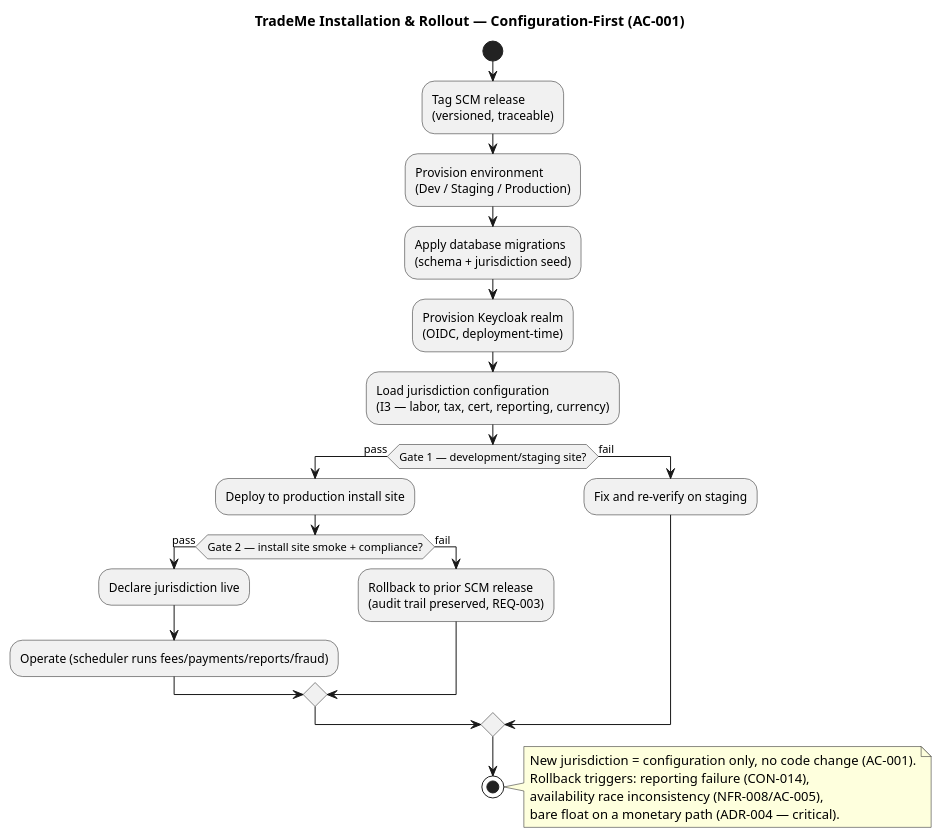
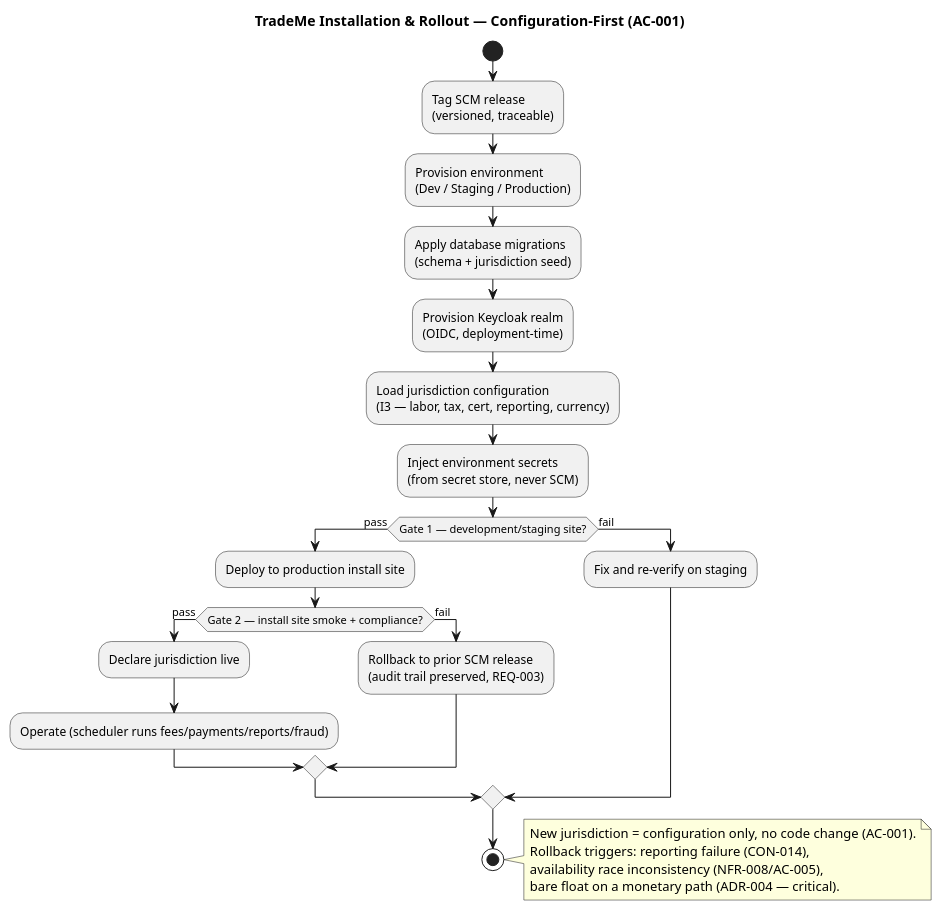
Before and after one commit to banense-test/trademe: the fourth of 4 diagrams in docs/artifacts/analysis---design/deployment-model.md, drawn with PlantUML. The commit also changed other lines of this file, not shown here.

````diff
--- a/docs/artifacts/analysis---design/deployment-model.md
+++ b/docs/artifacts/analysis---design/deployment-model.md
@@ -222,33 +232,34 @@
 ```plantuml
 @startuml
 title TradeMe Installation & Rollout — Configuration-First (AC-001)
 
 start
 :Tag SCM release\n(versioned, traceable);
 :Provision environment\n(Dev / Staging / Production);
 :Apply database migrations\n(schema + jurisdiction seed);
 :Provision Keycloak realm\n(OIDC, deployment-time);
 :Load jurisdiction configuration\n(I3 — labor, tax, cert, reporting, currency);
+:Inject environment secrets\n(from secret store, never SCM);
 
 if (Gate 1 — development/staging site?) then (pass)
   :Deploy to production install site;
   if (Gate 2 — install site smoke + compliance?) then (pass)
     :Declare jurisdiction live;
     :Operate (scheduler runs fees/payments/reports/fraud);
   else (fail)
     :Rollback to prior SCM release\n(audit trail preserved, REQ-003);
   endif
 else (fail)
   :Fix and re-verify on staging;
 endif
 
 stop
 
 note right
   New jurisdiction = configuration only, no code change (AC-001).
   Rollback triggers: reporting failure (CON-014),
   availability race inconsistency (NFR-008/AC-005),
   bare float on a monetary path (ADR-004 — critical).
 end note
 @enduml
 ```
````
